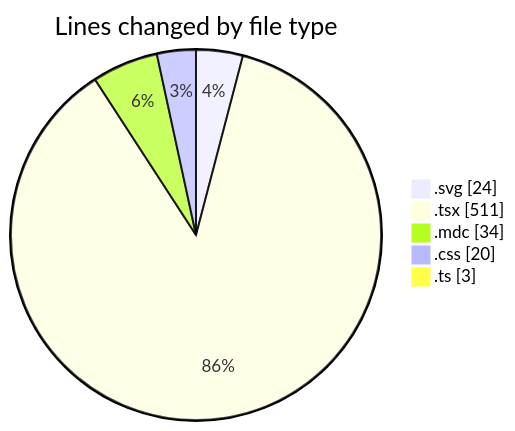
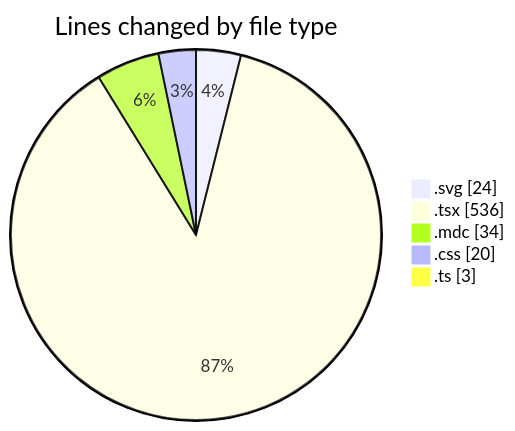
The first of 2 diagrams in 2025-07-18/ribbon/README.md (EIIisD/code-tracking), drawn with Mermaid before and after one commit. The commit also changed other lines of this file and 1 other file, not shown here.

````diff
--- a/2025-07-18/ribbon/README.md
+++ b/2025-07-18/ribbon/README.md
@@ -25,9 +25,9 @@
 ```mermaid
 pie showData
 title Lines changed by file type
 ".svg" : 24
-".tsx" : 511
+".tsx" : 536
 ".mdc" : 34
 ".css" : 20
 ".ts" : 3
 ```
````
